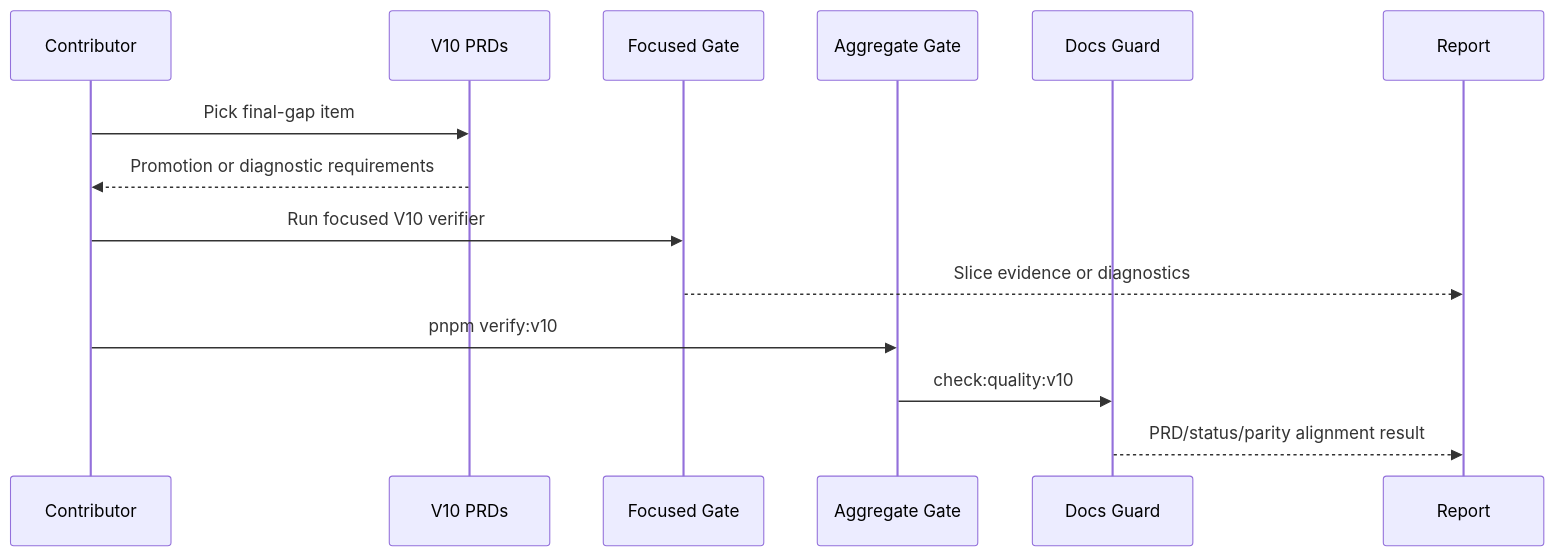
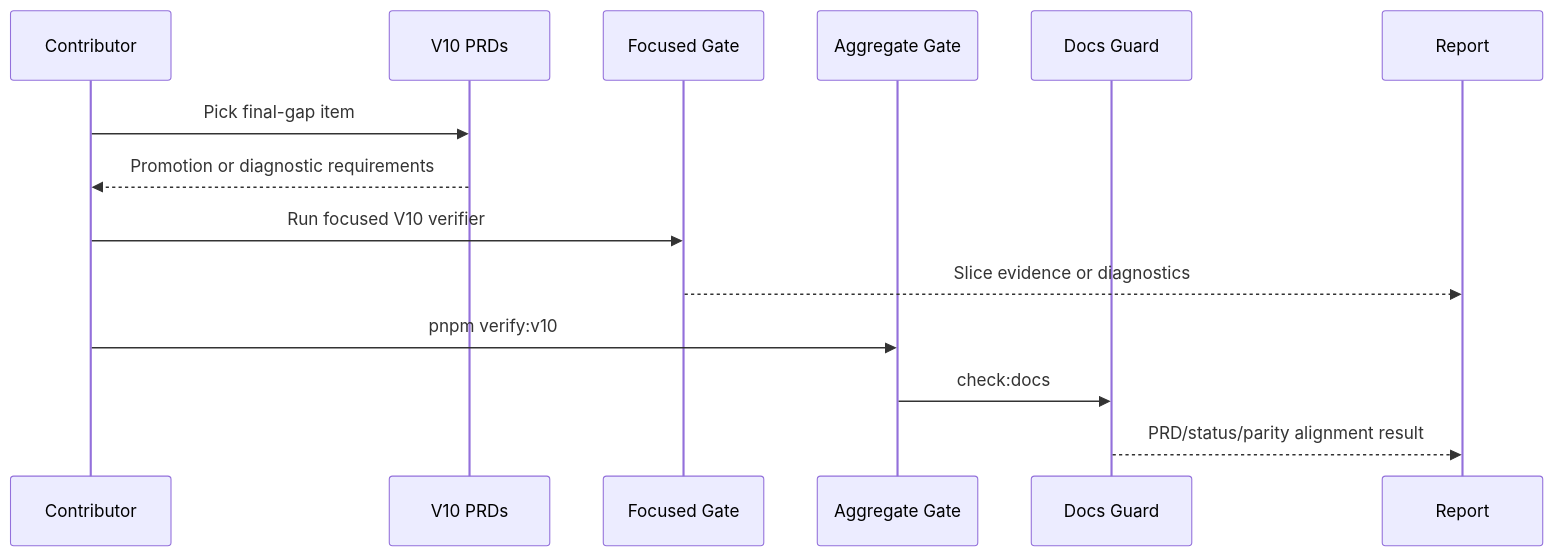
One commit to jonit-dev/threejs-to-bevy changed the second of 2 diagrams in docs/PRDs/v10/V10-01-scope-triage-and-release-gate.md. Above: the diagram before and after it, drawn with Mermaid. The commit also changed other lines of this file and 14 other files, not shown here.

````diff
--- a/docs/PRDs/v10/V10-01-scope-triage-and-release-gate.md
+++ b/docs/PRDs/v10/V10-01-scope-triage-and-release-gate.md
@@ -128,17 +128,17 @@
 ```mermaid
 sequenceDiagram
     participant Dev as Contributor
     participant PRD as V10 PRDs
     participant F as Focused Gate
     participant A as Aggregate Gate
     participant D as Docs Guard
     participant R as Report
 
     Dev->>PRD: Pick final-gap item
     PRD-->>Dev: Promotion or diagnostic requirements
     Dev->>F: Run focused V10 verifier
     F-->>R: Slice evidence or diagnostics
     Dev->>A: pnpm verify:v10
-    A->>D: check:quality:v10
+    A->>D: check:docs
     D-->>R: PRD/status/parity alignment result
 ```
````
